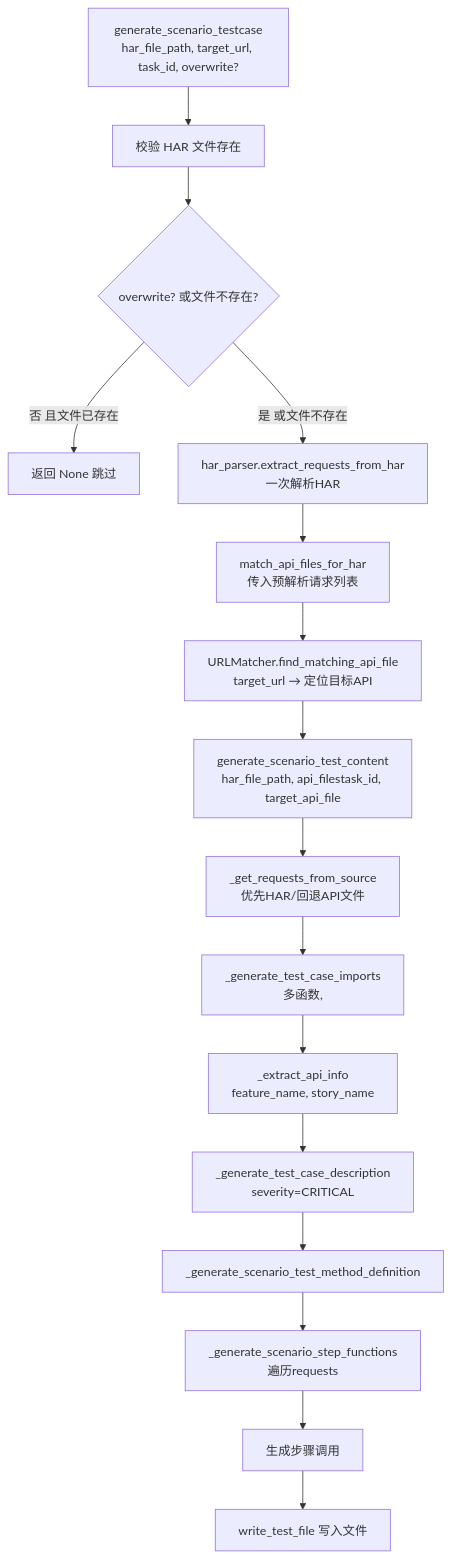
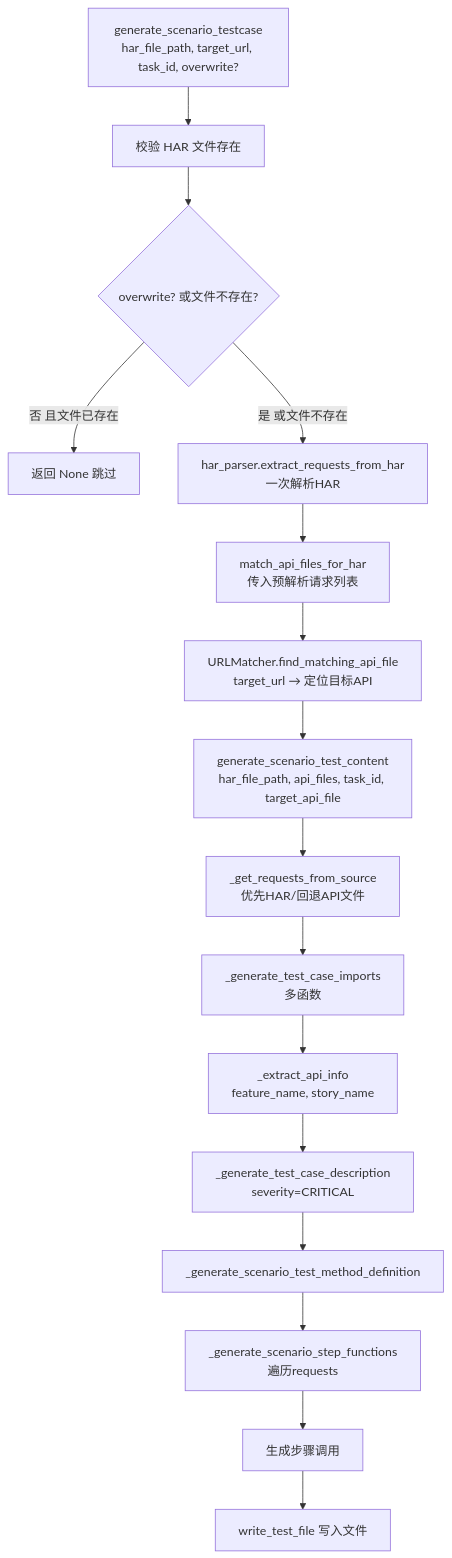
One commit to hewei198711/har2pytest changed the second of 3 diagrams in docs/testcase_generation_modes.md. Above: the diagram before and after it, drawn with Mermaid. The commit also changed other lines of this file and 11 other files, not shown here.

````diff
--- a/docs/testcase_generation_modes.md
+++ b/docs/testcase_generation_modes.md
@@ -193,18 +193,18 @@
 ```mermaid
 flowchart TD
     A[generate_scenario_testcase<br/>har_file_path, target_url, task_id, overwrite?] --> B[校验 HAR 文件存在]
     B --> C{overwrite? 或文件不存在?}
     C -->|否 且文件已存在| D[返回 None 跳过]
     C -->|是 或文件不存在| E[har_parser.extract_requests_from_har<br/>一次解析HAR]
     E --> F[match_api_files_for_har<br/>传入预解析请求列表]
     F --> G[URLMatcher.find_matching_api_file<br/>target_url → 定位目标API]
-    G --> H[generate_scenario_test_content<br/>har_file_path, api_filestask_id, target_api_file]
+    G --> H[generate_scenario_test_content<br/>har_file_path, api_files, task_id, target_api_file]
     H --> I[_get_requests_from_source<br/>优先HAR/回退API文件]
-    I --> J[_generate_test_case_imports<br/>多函数, ]
+    I --> J[_generate_test_case_imports<br/>多函数]
     J --> K[_extract_api_info<br/>feature_name, story_name]
     K --> L[_generate_test_case_description<br/>severity=CRITICAL]
     L --> N[_generate_scenario_test_method_definition]
     N --> O[_generate_scenario_step_functions<br/>遍历requests]
     O --> P[生成步骤调用]
     P --> Q[write_test_file 写入文件]
 ```
````
